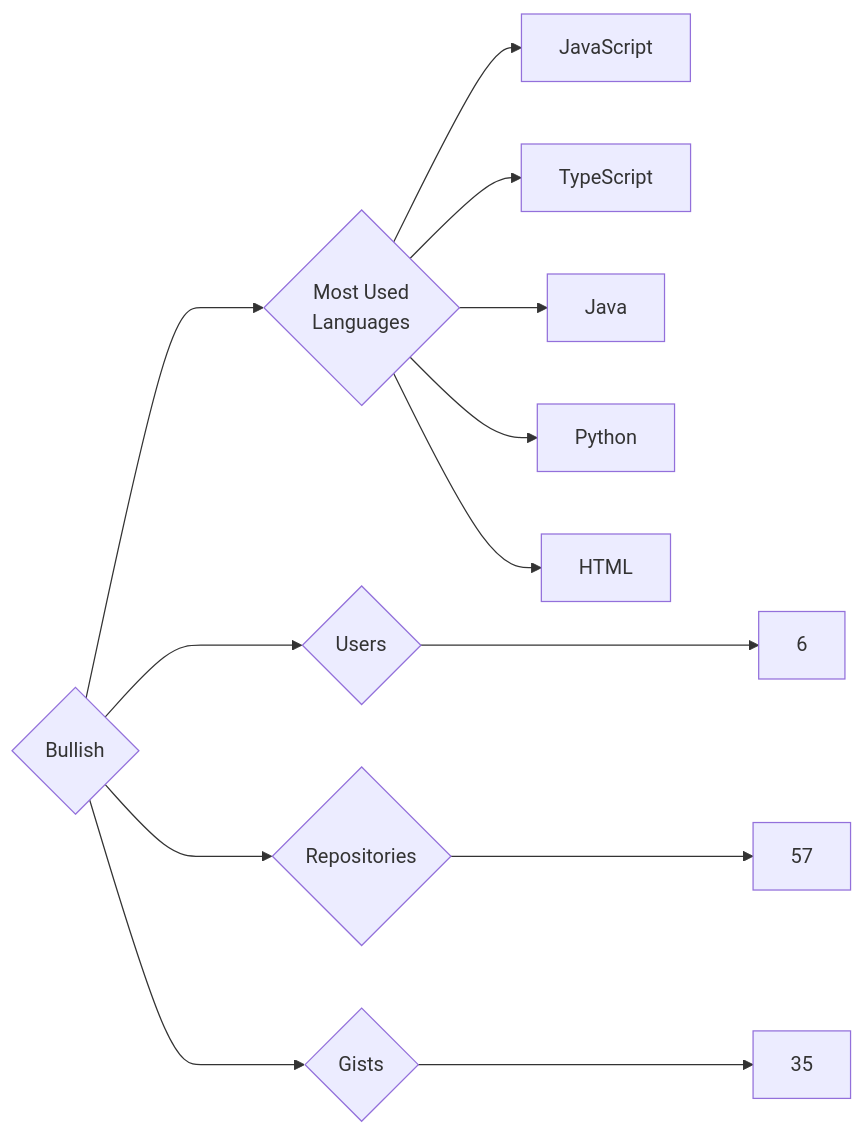
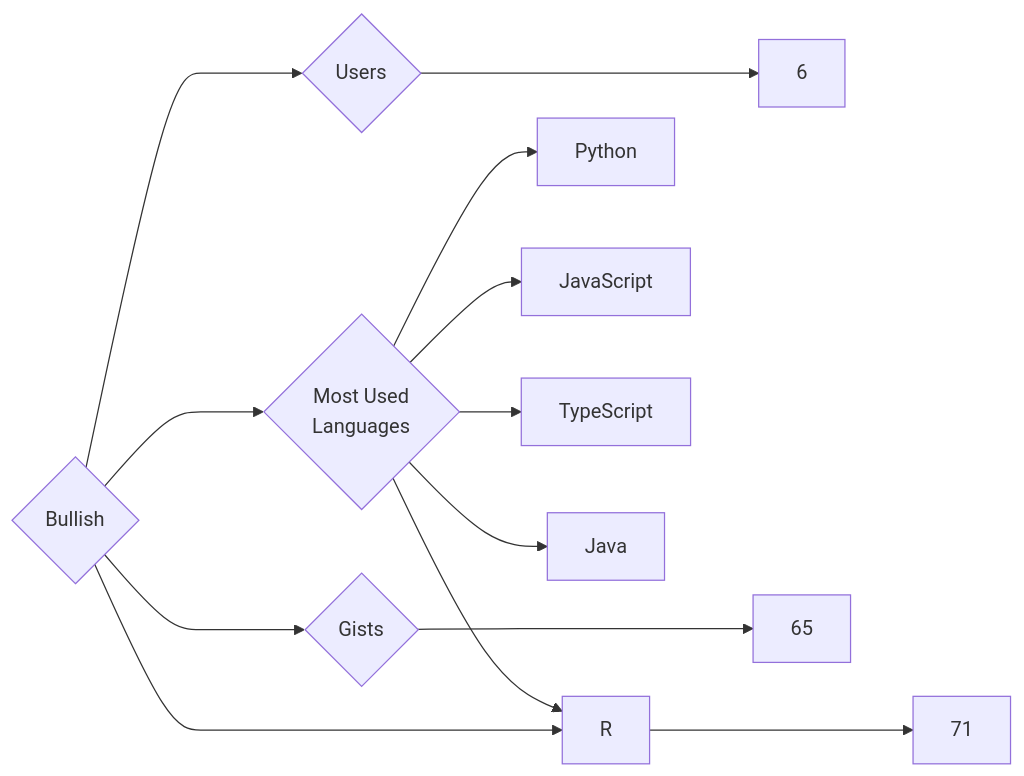
One commit to trickest/insiders changed the diagram in targets/Bullish/README.md. Above: the diagram before and after it, drawn with Mermaid. The commit also changed 1092 other files, not shown here.

````diff
--- a/targets/Bullish/README.md
+++ b/targets/Bullish/README.md
@@ -3,13 +3,13 @@
 ```mermaid
 graph LR
 COMPANY_NAME{Bullish}
 COMPANY_NAME ---> U{Users} ---> UN[6]
-COMPANY_NAME ---> R{Repositories} ---> RN[57]
-COMPANY_NAME ---> G{Gists} ---> GN[35]
+COMPANY_NAME ---> R{Repositories} ---> RN[71]
+COMPANY_NAME ---> G{Gists} ---> GN[65]
 COMPANY_NAME ---> ML{Most Used<br>Languages}
+ML --> Python[Python]
 ML --> JavaScript[JavaScript]
 ML --> TypeScript[TypeScript]
+ML --> R[R]
 ML --> Java[Java]
-ML --> Python[Python]
-ML --> HTML[HTML]
 ```
````
